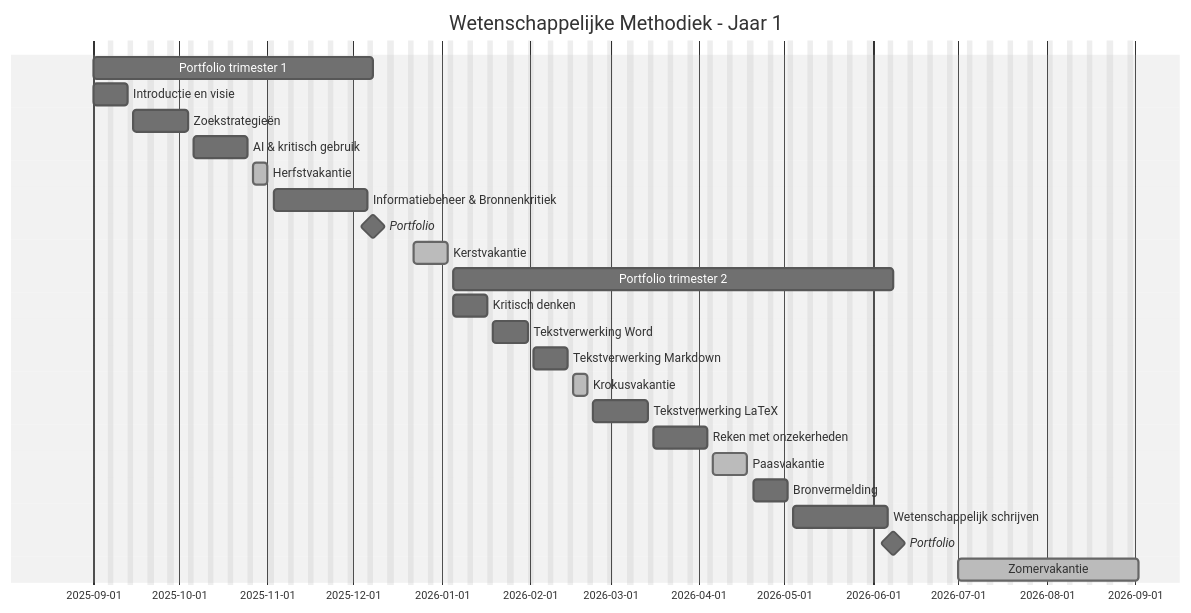
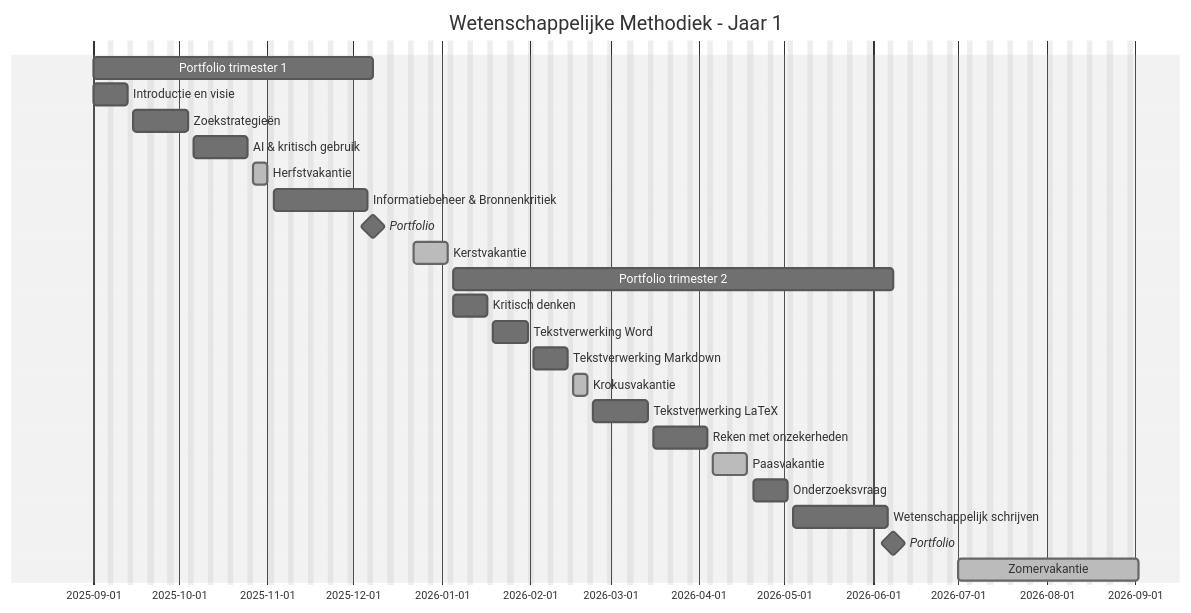
The first of 2 diagrams in project5.qmd (psmsmets/WetenschappelijkeMethodiek), drawn with Mermaid (neutral theme) before and after one commit. The commit also changed other lines of this file and 14 other files, not shown here.

````diff
--- a/project5.qmd
+++ b/project5.qmd
@@ -84,39 +84,39 @@
 ```{mermaid}
 gantt
     title Wetenschappelijke Methodiek - Jaar 1
     dateFormat  YYYY-MM-DD
     excludes    weekends
 
     Portfolio trimester 1              :2025-09-01, 2025-12-08
 
     Introductie en visie               :i1, 2025-09-01, 10d
     Zoekstrategieën                    :a1, after i1, 15d
     AI & kritisch gebruik              :a2, after a1, 15d
     Herfstvakantie                     :done, break1, 2025-10-27, 5d
 
     Informatiebeheer & Bronnenkritiek  :a3, after break1, 25d
 
     Portfolio                          :milestone, 2025-12-08, 0d
 
     Kerstvakantie                      :done, break2, 2025-12-22, 10d
 
     Portfolio trimester 2              :2026-01-05, 2026-06-08
 
     Kritisch denken                    :i2, after break2, 10d
     Tekstverwerking Word               :b1, after i2, 10d
     Tekstverwerking Markdown           :b2, after b1, 10d
 
     Krokusvakantie                     :done, break3, 2026-02-16, 5d
 
     Tekstverwerking LaTeX              :b3, after break3, 15d
     Reken met onzekerheden             :b4, after b3, 15d
 
     Paasvakantie                       :done, break4, 2026-04-06, 10d
 
-    Bronvermelding                     :c1, after break4, 10d
+    Onderzoeksvraag                    :c1, after break4, 10d
     Wetenschappelijk schrijven         :c2, after c1, 25d
 
     Portfolio                          :milestone, 2026-06-08, 0d
 
     Zomervakantie                      :done, break5, 2026-07-01, 45d
 ```
````
